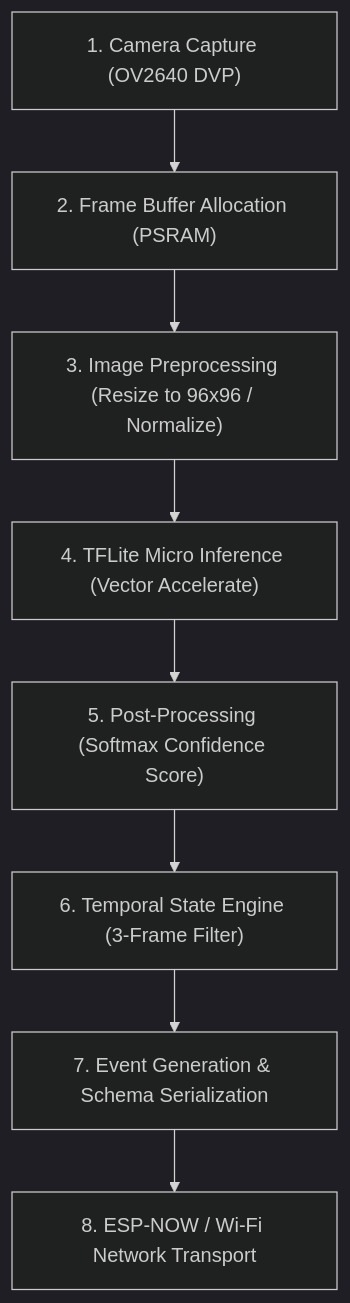
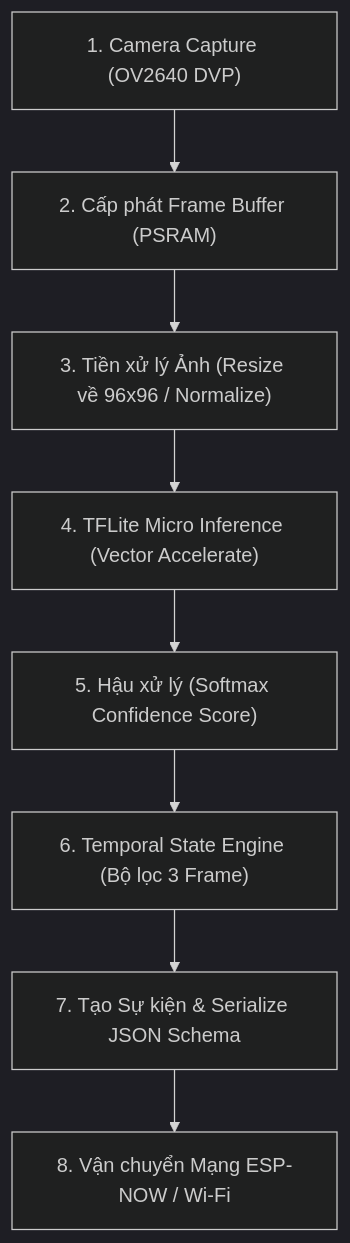
Before and after one commit to Eddy-hoang/SAM: the diagram in docs/05-esp32-edge-device.md, drawn with Mermaid (dark theme). The commit also changed other lines of this file and 34 other files, not shown here.

````diff
--- a/docs/05-esp32-edge-device.md
+++ b/docs/05-esp32-edge-device.md
@@ -41,10 +41,10 @@
 ```mermaid
 graph TD
-    CAM["1. Camera Capture (OV2640 DVP)"] --> FB["2. Frame Buffer Allocation (PSRAM)"]
-    FB --> PRE["3. Image Preprocessing (Resize to 96x96 / Normalize)"]
+    CAM["1. Camera Capture (OV2640 DVP)"] --> FB["2. Cấp phát Frame Buffer (PSRAM)"]
+    FB --> PRE["3. Tiền xử lý Ảnh (Resize về 96x96 / Normalize)"]
     PRE --> INF["4. TFLite Micro Inference (Vector Accelerate)"]
-    INF --> POST["5. Post-Processing (Softmax Confidence Score)"]
-    POST --> TEMP["6. Temporal State Engine (3-Frame Filter)"]
-    TEMP --> EVT["7. Event Generation & Schema Serialization"]
-    EVT --> NET["8. ESP-NOW / Wi-Fi Network Transport"]
+    INF --> POST["5. Hậu xử lý (Softmax Confidence Score)"]
+    POST --> TEMP["6. Temporal State Engine (Bộ lọc 3 Frame)"]
+    TEMP --> EVT["7. Tạo Sự kiện & Serialize JSON Schema"]
+    EVT --> NET["8. Vận chuyển Mạng ESP-NOW / Wi-Fi"]
 ```
````
